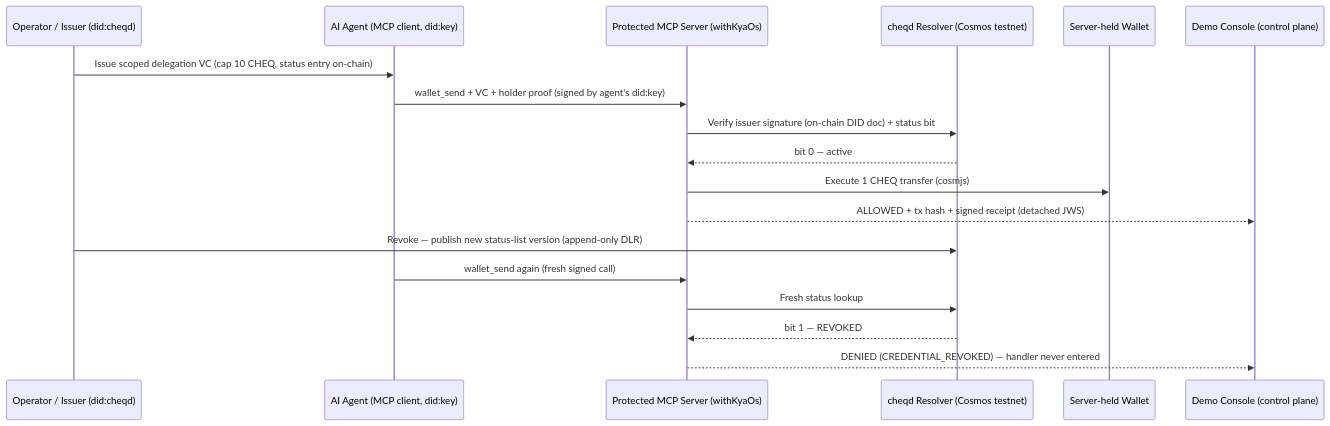
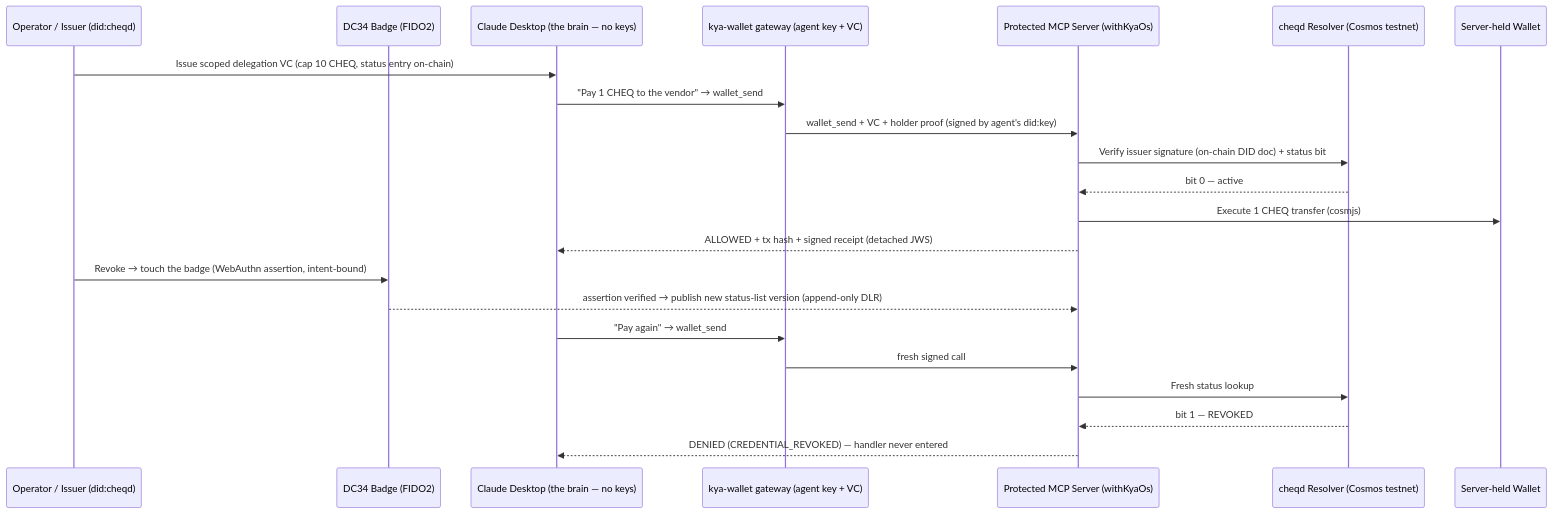
Before and after one commit to H0BB5/revoked-dc34: the diagram in README.md, drawn with Mermaid. The commit also changed other lines of this file and 4 other files, not shown here.

First line of the commit message:
docs: operator runbook + README/submission/slides for the live-agent + badge architecture

````diff
--- a/README.md
+++ b/README.md
@@ -18,21 +21,25 @@
 ```mermaid
 sequenceDiagram
     participant O as Operator / Issuer (did:cheqd)
-    participant A as AI Agent (MCP client, did:key)
+    participant B as DC34 Badge (FIDO2)
+    participant A as Claude Desktop (the brain — no keys)
+    participant G as kya-wallet gateway (agent key + VC)
     participant M as Protected MCP Server (withKyaOs)
     participant C as cheqd Resolver (Cosmos testnet)
     participant W as Server-held Wallet
-    participant U as Demo Console (control plane)
 
     O->>A: Issue scoped delegation VC (cap 10 CHEQ, status entry on-chain)
-    A->>M: wallet_send + VC + holder proof (signed by agent's did:key)
+    A->>G: "Pay 1 CHEQ to the vendor" → wallet_send
+    G->>M: wallet_send + VC + holder proof (signed by agent's did:key)
     M->>C: Verify issuer signature (on-chain DID doc) + status bit
     C-->>M: bit 0 — active
     M->>W: Execute 1 CHEQ transfer (cosmjs)
-    M-->>U: ALLOWED + tx hash + signed receipt (detached JWS)
-    O->>C: Revoke — publish new status-list version (append-only DLR)
-    A->>M: wallet_send again (fresh signed call)
+    M-->>A: ALLOWED + tx hash + signed receipt (detached JWS)
+    O->>B: Revoke → touch the badge (WebAuthn assertion, intent-bound)
+    B-->>M: assertion verified → publish new status-list version (append-only DLR)
+    A->>G: "Pay again" → wallet_send
+    G->>M: fresh signed call
     M->>C: Fresh status lookup
     C-->>M: bit 1 — REVOKED
-    M-->>U: DENIED (CREDENTIAL_REVOKED) — handler never entered
+    M-->>A: DENIED (CREDENTIAL_REVOKED) — handler never entered
 ```
````
